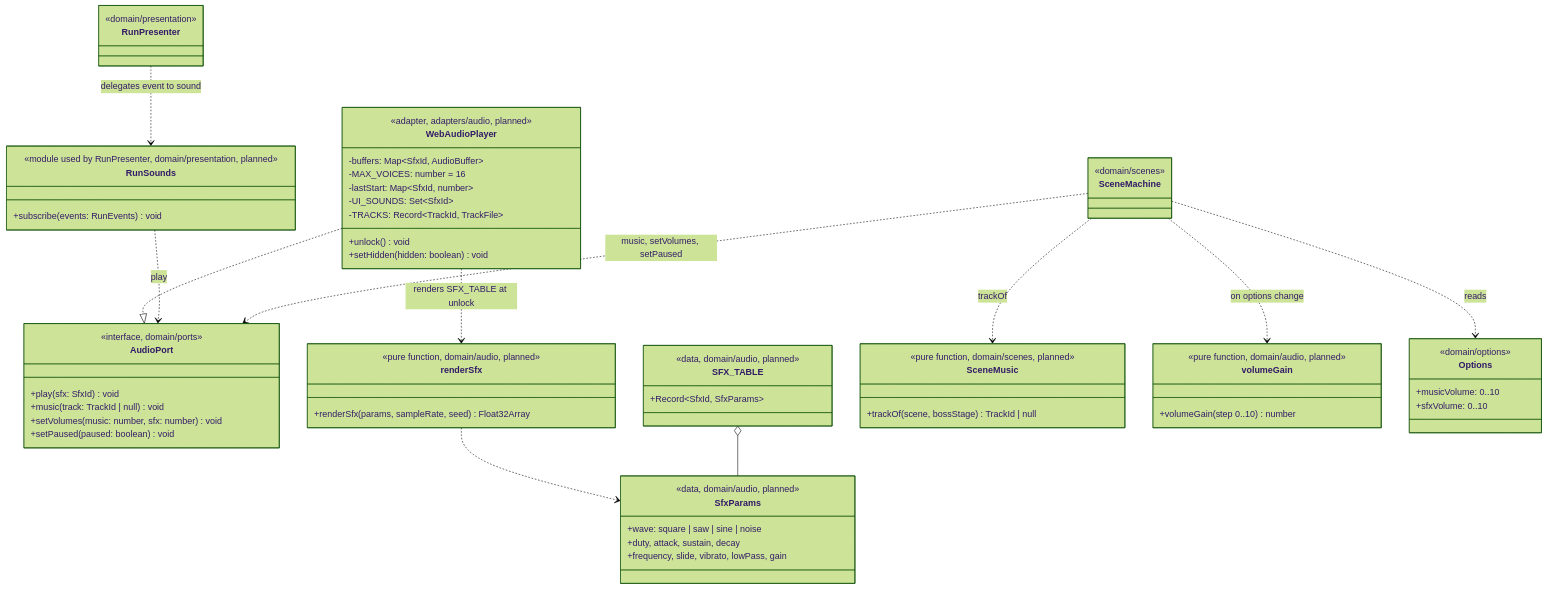
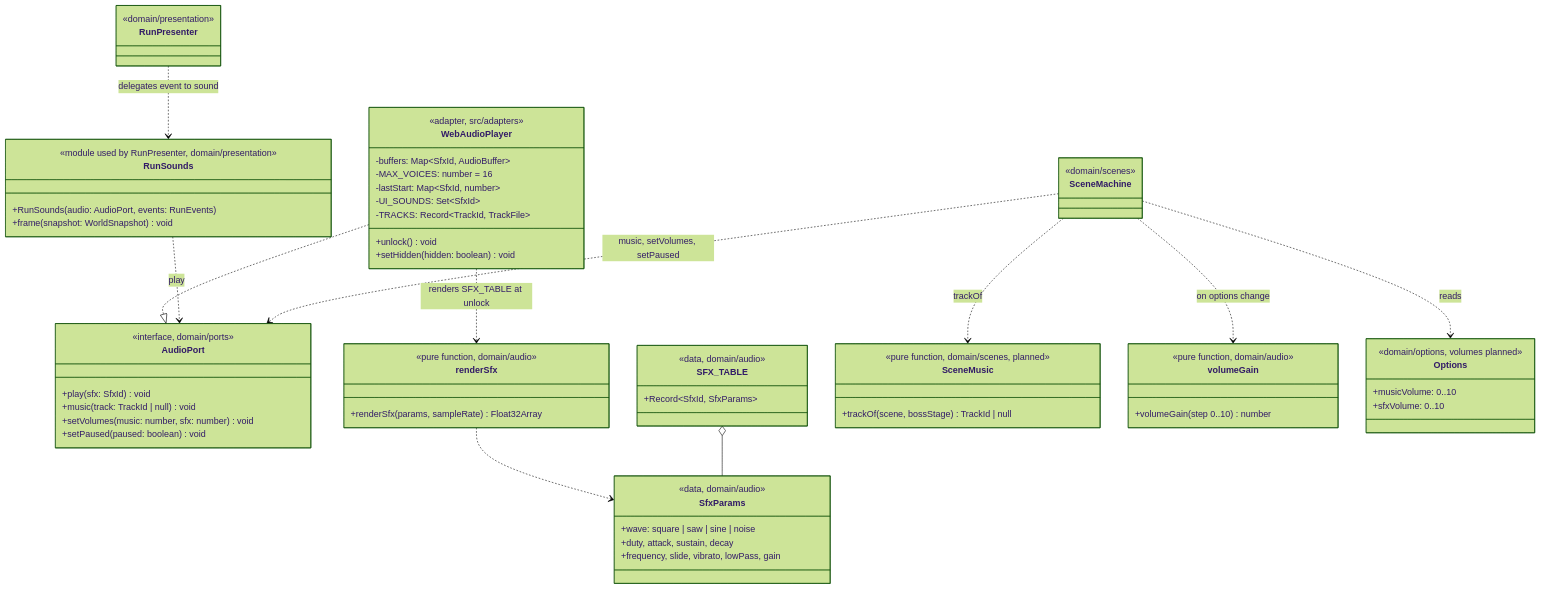
Before and after one commit to benoit-bremaud/retro-shmup: the first of 2 diagrams in docs/architecture/diagrams/audio/04-class-audio.md, drawn with Mermaid (forest theme). The commit also changed other lines of this file and 22 other files, not shown here.

First line of the commit message:
feat(audio): synthesiser, Web Audio player and the run's sound effects (GDD v0.23, G3-1)

````diff
--- a/docs/architecture/diagrams/audio/04-class-audio.md
+++ b/docs/architecture/diagrams/audio/04-class-audio.md
@@ -25,67 +29,68 @@
 ```mermaid
 classDiagram
   class AudioPort {
     <<interface, domain/ports>>
     +play(sfx: SfxId) void
     +music(track: TrackId | null) void
     +setVolumes(music: number, sfx: number) void
     +setPaused(paused: boolean) void
   }
   class SfxParams {
-    <<data, domain/audio, planned>>
+    <<data, domain/audio>>
     +wave: square | saw | sine | noise
     +duty, attack, sustain, decay
     +frequency, slide, vibrato, lowPass, gain
   }
   class SFX_TABLE {
-    <<data, domain/audio, planned>>
+    <<data, domain/audio>>
     +Record~SfxId, SfxParams~
   }
   class renderSfx {
-    <<pure function, domain/audio, planned>>
-    +renderSfx(params, sampleRate, seed) Float32Array
+    <<pure function, domain/audio>>
+    +renderSfx(params, sampleRate) Float32Array
   }
   class RunSounds {
-    <<module used by RunPresenter, domain/presentation, planned>>
-    +subscribe(events: RunEvents) void
+    <<module used by RunPresenter, domain/presentation>>
+    +RunSounds(audio: AudioPort, events: RunEvents)
+    +frame(snapshot: WorldSnapshot) void
   }
   class SceneMusic {
     <<pure function, domain/scenes, planned>>
     +trackOf(scene, bossStage) TrackId | null
   }
   class volumeGain {
-    <<pure function, domain/audio, planned>>
+    <<pure function, domain/audio>>
     +volumeGain(step 0..10) number
   }
   class WebAudioPlayer {
-    <<adapter, adapters/audio, planned>>
+    <<adapter, src/adapters>>
     +unlock() void
     +setHidden(hidden: boolean) void
     -buffers: Map~SfxId, AudioBuffer~
     -MAX_VOICES: number = 16
     -lastStart: Map~SfxId, number~
     -UI_SOUNDS: Set~SfxId~
     -TRACKS: Record~TrackId, TrackFile~
   }
   class SceneMachine {
     <<domain/scenes>>
   }
   class RunPresenter {
     <<domain/presentation>>
   }
   class Options {
-    <<domain/options>>
+    <<domain/options, volumes planned>>
     +musicVolume: 0..10
     +sfxVolume: 0..10
   }
   WebAudioPlayer ..|> AudioPort
   WebAudioPlayer ..> renderSfx : renders SFX_TABLE at unlock
   renderSfx ..> SfxParams
   SFX_TABLE o-- SfxParams
   RunPresenter ..> RunSounds : delegates event to sound
   RunSounds ..> AudioPort : play
   SceneMachine ..> SceneMusic : trackOf
   SceneMachine ..> volumeGain : on options change
   SceneMachine ..> AudioPort : music, setVolumes, setPaused
   SceneMachine ..> Options : reads
 ```
````
